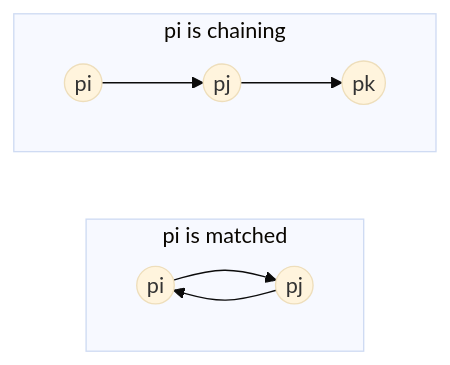
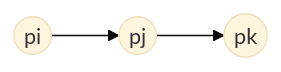
One commit to FahimMashroor/Chalmers_CSC changed the tenth of 20 diagrams in EDA387-Computer-Networks/10-Maximal-Matching.md. Above: the diagram before and after it, drawn with Mermaid (base theme). The commit also changed other lines of this file, not shown here.

Commit message:
Rewrite 10 Maximal Matching in simple language with examples and diagrams

````diff
--- a/EDA387-Computer-Networks/10-Maximal-Matching.md
+++ b/EDA387-Computer-Networks/10-Maximal-Matching.md
@@ -131,13 +247,5 @@
 ```mermaid
 flowchart LR
-    subgraph Matched["pi is matched"]
-        direction LR
-        i1((pi)) --> j1((pj))
-        j1 --> i1
-    end
-    subgraph Chaining["pi is chaining"]
-        direction LR
-        i2((pi)) --> j2((pj))
-        j2 --> k2((pk))
-    end
+    i2((pi)) --> j2((pj))
+    j2 --> k2((pk))
 ```
````
